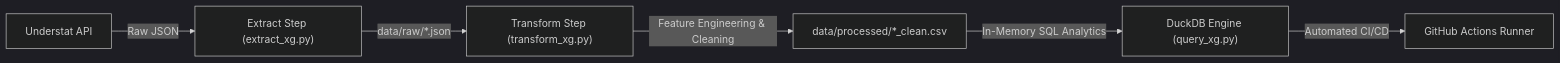
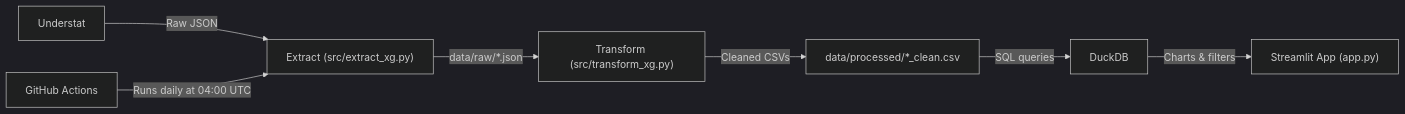
The diagram in README.md (jtw0mey/pl-xg-data-pipeline), drawn with Mermaid (dark theme) before and after one commit. The commit also changed other lines of this file, not shown here.

Commit message:
Update README with live app details and architecture

````diff
--- a/README.md
+++ b/README.md
@@ -15,8 +25,9 @@
 ```mermaid
 flowchart LR
-    A[Understat API] -->|Raw JSON| B["Extract Step (extract_xg.py)"]
-    B -->|data/raw/*.json| C["Transform Step (transform_xg.py)"]
-    C -->|Feature Engineering & Cleaning| D["data/processed/*_clean.csv"]
-    D -->|In-Memory SQL Analytics| E["DuckDB Engine (query_xg.py)"]
-    E -->|Automated CI/CD| F[GitHub Actions Runner]
+    A[Understat] -->|Raw JSON| B["Extract (src/extract_xg.py)"]
+    B -->|data/raw/*.json| C["Transform (src/transform_xg.py)"]
+    C -->|Cleaned CSVs| D["data/processed/*_clean.csv"]
+    D -->|SQL queries| E["DuckDB"]
+    E -->|Charts & filters| F["Streamlit App (app.py)"]
+    G[GitHub Actions] -->|Runs daily at 04:00 UTC| B
 ```
````
